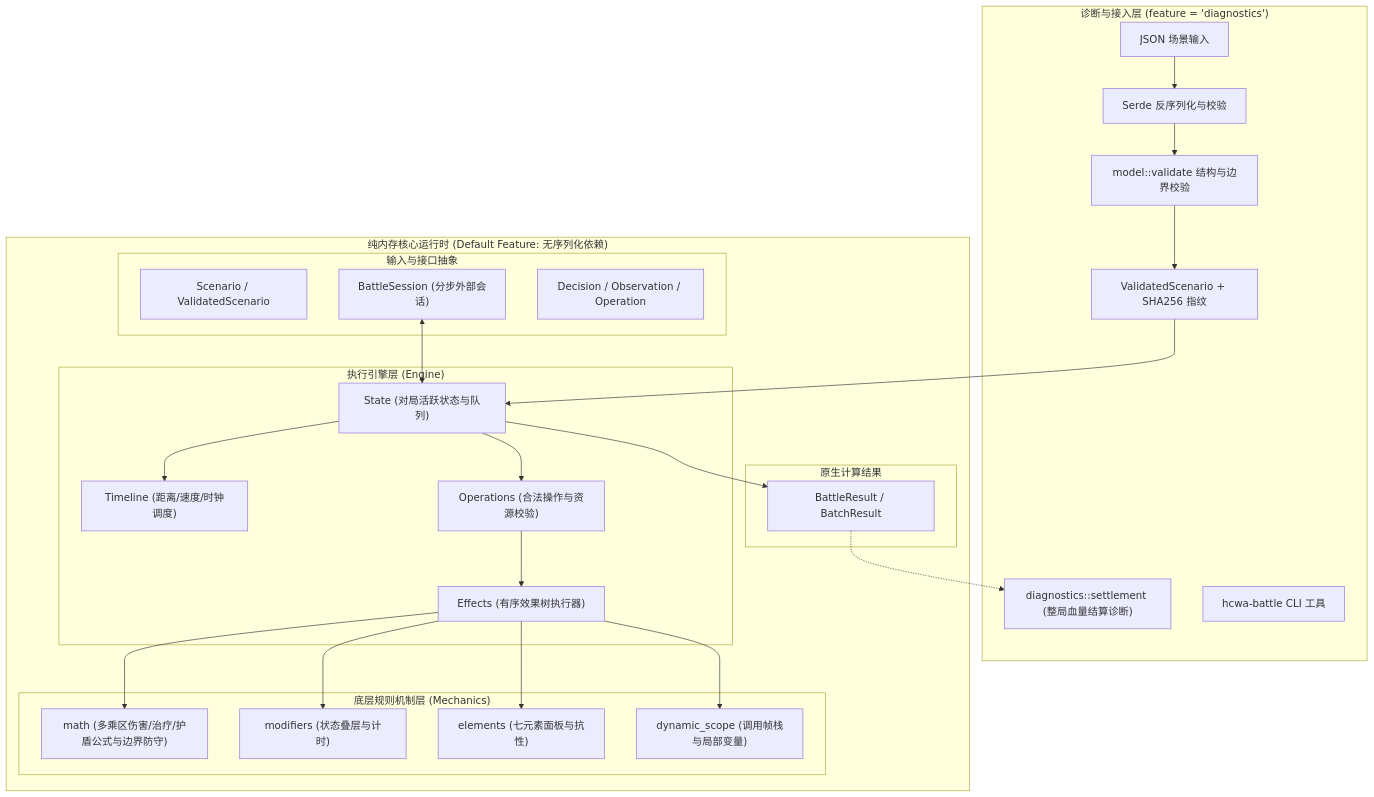
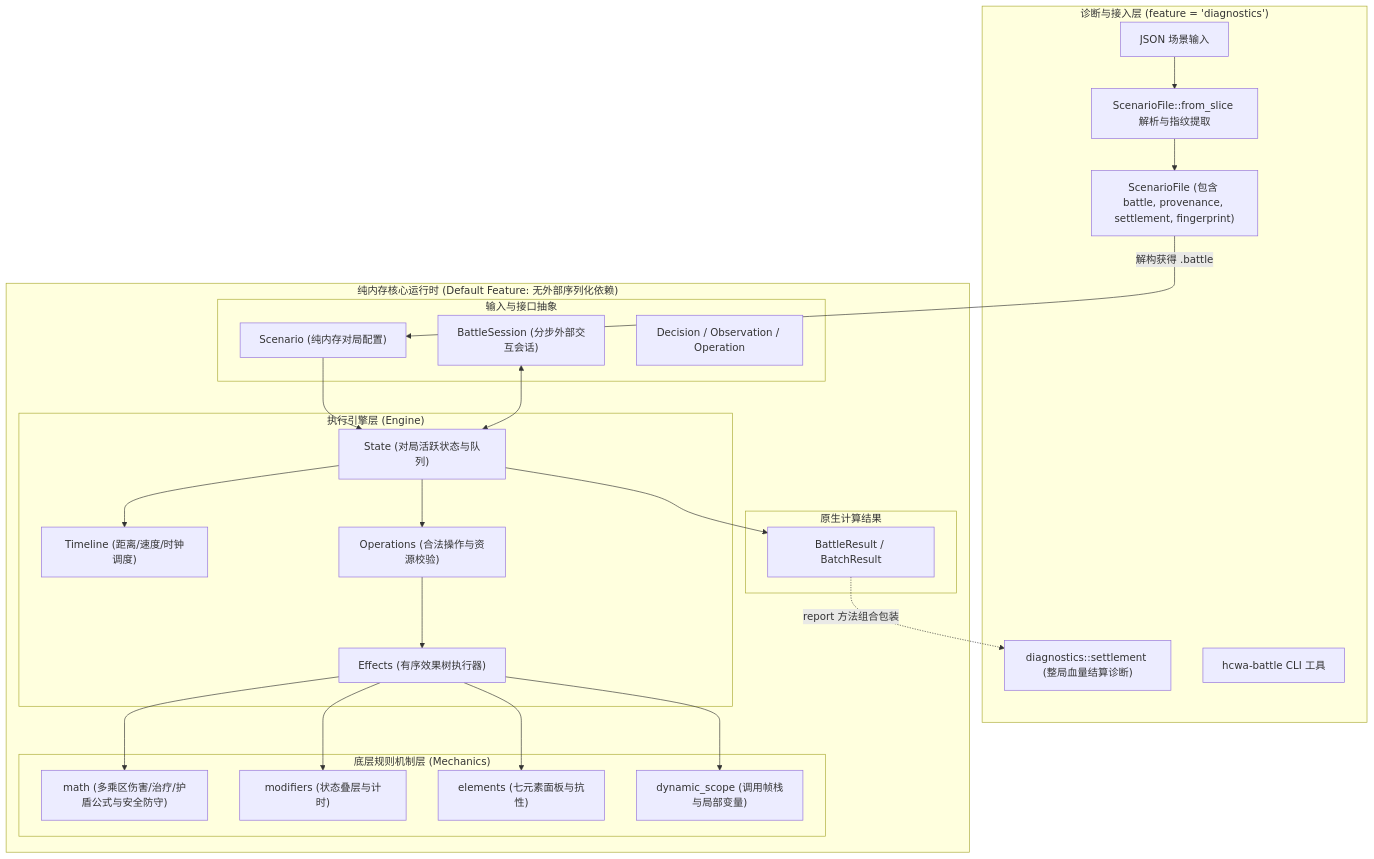
One commit to Sakura-Ex/Hyacimicon changed the first of 3 diagrams in docs/modules/battle-simulation/design.md. Above: the diagram before and after it, drawn with Mermaid. The commit also changed other lines of this file and 5 other files, not shown here.

Commit message:
docs(battle): align CLI commands, runtime APIs, and relative links after review

````diff
--- a/docs/modules/battle-simulation/design.md
+++ b/docs/modules/battle-simulation/design.md
@@ -11,48 +11,48 @@
 ```mermaid
 flowchart TD
     subgraph DiagnosticsLayer["诊断与接入层 (feature = 'diagnostics')"]
-        RawJSON["JSON 场景输入"] --> Deserialize["Serde 反序列化与校验"]
-        Deserialize --> Validate["model::validate 结构与边界校验"]
-        Validate --> Validated["ValidatedScenario + SHA256 指纹"]
+        RawJSON["JSON 场景输入"] --> ParseFile["ScenarioFile::from_slice 解析与指纹提取"]
+        ParseFile --> ScenarioFile["ScenarioFile (包含 battle, provenance, settlement, fingerprint)"]
         DiagSettlement["diagnostics::settlement (整局血量结算诊断)"]
         CLI["hcwa-battle CLI 工具"]
     end
 
-    subgraph CoreRuntime["纯内存核心运行时 (Default Feature: 无序列化依赖)"]
+    subgraph CoreRuntime["纯内存核心运行时 (Default Feature: 无外部序列化依赖)"]
         subgraph InputTypes["输入与接口抽象"]
-            ScenarioModel["Scenario / ValidatedScenario"]
-            SessionAPI["BattleSession (分步外部会话)"]
+            ScenarioModel["Scenario (纯内存对局配置)"]
+            SessionAPI["BattleSession (分步外部交互会话)"]
             DecisionModel["Decision / Observation / Operation"]
         end
 
         subgraph Engine["执行引擎层 (Engine)"]
             State["State (对局活跃状态与队列)"]
             Timeline["Timeline (距离/速度/时钟调度)"]
             Operations["Operations (合法操作与资源校验)"]
             Effects["Effects (有序效果树执行器)"]
         end
 
         subgraph Mechanics["底层规则机制层 (Mechanics)"]
-            Math["math (多乘区伤害/治疗/护盾公式与边界防守)"]
+            Math["math (多乘区伤害/治疗/护盾公式与安全防守)"]
             Modifiers["modifiers (状态叠层与计时)"]
             Elements["elements (七元素面板与抗性)"]
             Scope["dynamic_scope (调用帧栈与局部变量)"]
         end
 
         subgraph Output["原生计算结果"]
             NativeResult["BattleResult / BatchResult"]
         end
     end
 
-    Validated --> State
+    ScenarioFile -->|解构获得 .battle| ScenarioModel
+    ScenarioModel --> State
     SessionAPI <--> State
     State --> Timeline
     State --> Operations
     Operations --> Effects
     Effects --> Math
     Effects --> Modifiers
     Effects --> Elements
     Effects --> Scope
     State --> NativeResult
-    NativeResult -.-> DiagSettlement
+    NativeResult -.->|report 方法组合包装| DiagSettlement
 ```
````
